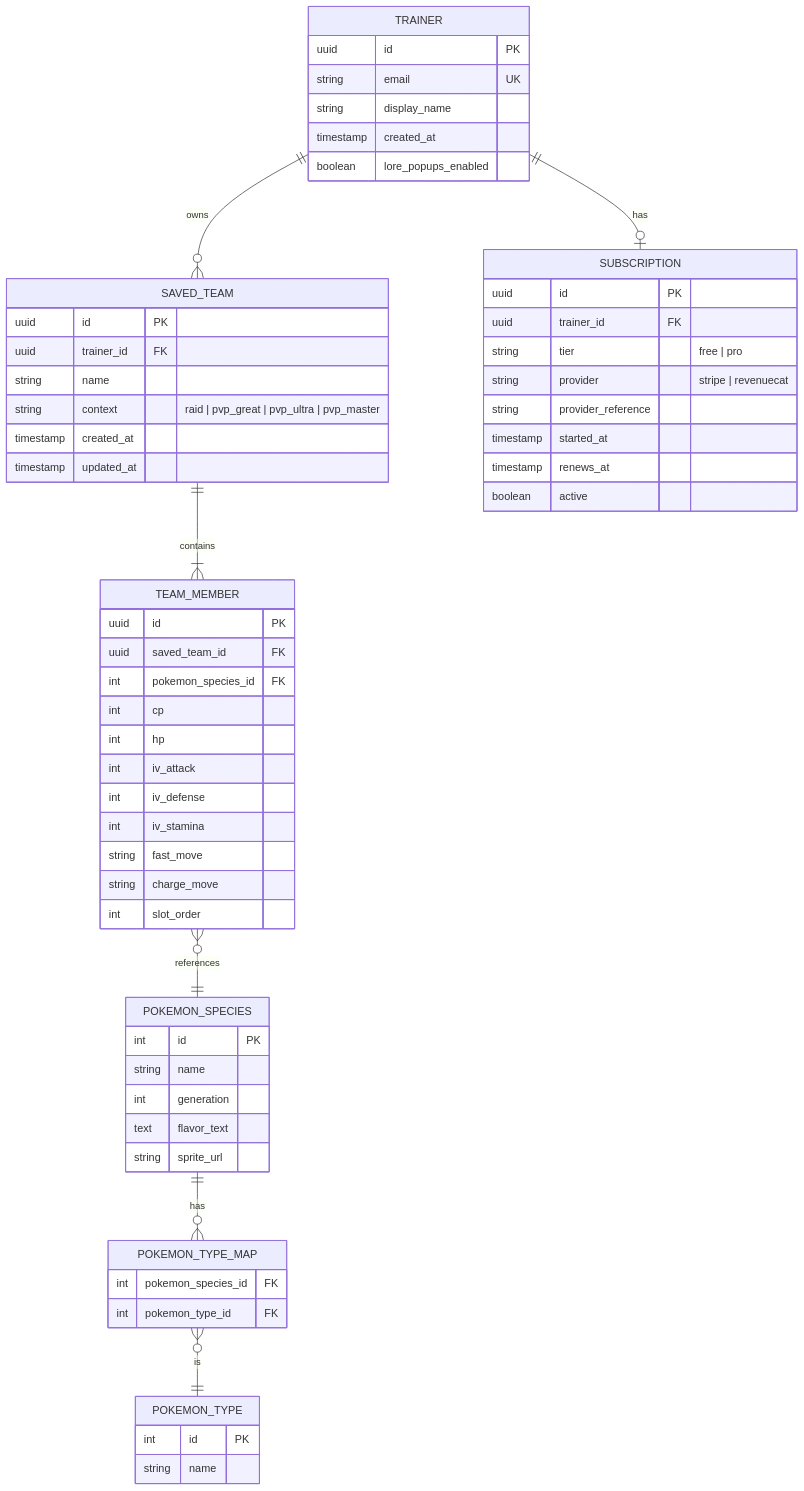
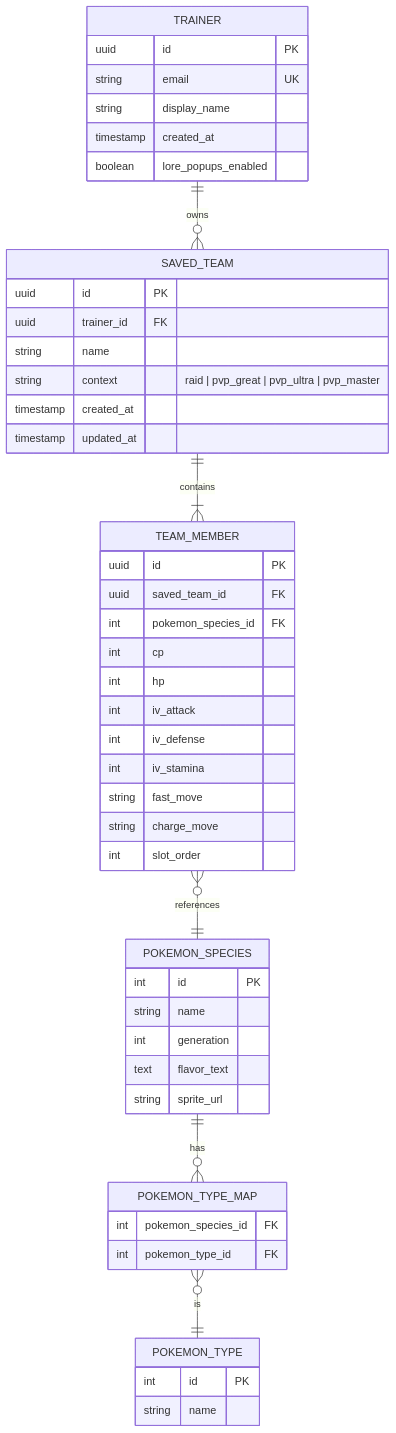
One commit to leodah20/pokemon-trainer-companion changed the diagram in docs/entity-relationship-diagram.md. Above: the diagram before and after it, drawn with Mermaid. The commit also changed other lines of this file and 22 other files, not shown here.

First line of the commit message:
feat: add Type Chart, Comparison, Top Rankings, and Quiz screens

````diff
--- a/docs/entity-relationship-diagram.md
+++ b/docs/entity-relationship-diagram.md
@@ -7,69 +7,57 @@
 ```mermaid
 erDiagram
     TRAINER ||--o{ SAVED_TEAM : owns
-    TRAINER ||--o| SUBSCRIPTION : has
     SAVED_TEAM ||--|{ TEAM_MEMBER : contains
     TEAM_MEMBER }o--|| POKEMON_SPECIES : references
     POKEMON_SPECIES ||--o{ POKEMON_TYPE_MAP : has
     POKEMON_TYPE_MAP }o--|| POKEMON_TYPE : is
 
     TRAINER {
         uuid id PK
         string email UK
         string display_name
         timestamp created_at
         boolean lore_popups_enabled
-    }
-
-    SUBSCRIPTION {
-        uuid id PK
-        uuid trainer_id FK
-        string tier "free | pro"
-        string provider "stripe | revenuecat"
-        string provider_reference
-        timestamp started_at
-        timestamp renews_at
-        boolean active
     }
 
     SAVED_TEAM {
         uuid id PK
         uuid trainer_id FK
         string name
         string context "raid | pvp_great | pvp_ultra | pvp_master"
         timestamp created_at
         timestamp updated_at
     }
 
     TEAM_MEMBER {
         uuid id PK
         uuid saved_team_id FK
         int pokemon_species_id FK
         int cp
         int hp
         int iv_attack
         int iv_defense
         int iv_stamina
         string fast_move
         string charge_move
         int slot_order
     }
 
     POKEMON_SPECIES {
         int id PK
         string name
         int generation
         text flavor_text
         string sprite_url
     }
 
     POKEMON_TYPE {
         int id PK
         string name
     }
 
     POKEMON_TYPE_MAP {
         int pokemon_species_id FK
         int pokemon_type_id FK
     }
 ```
````
